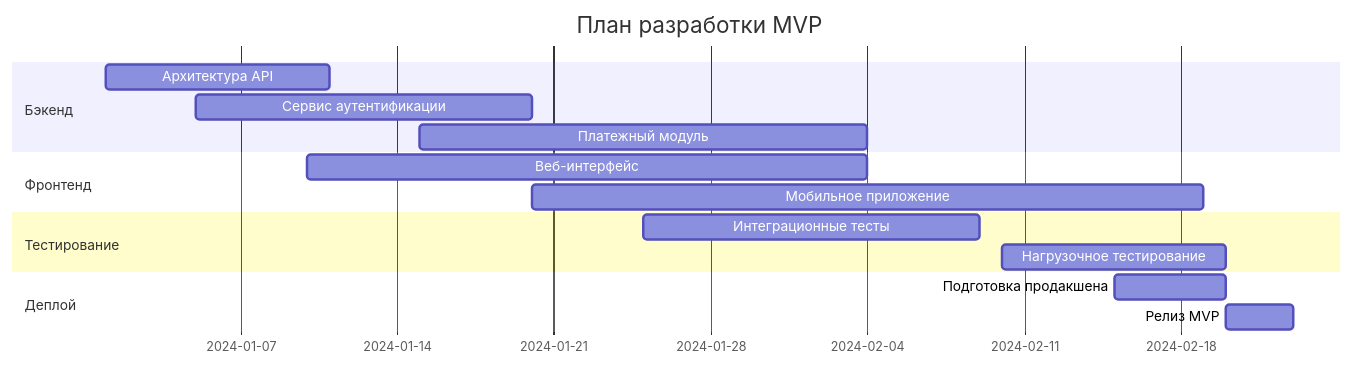
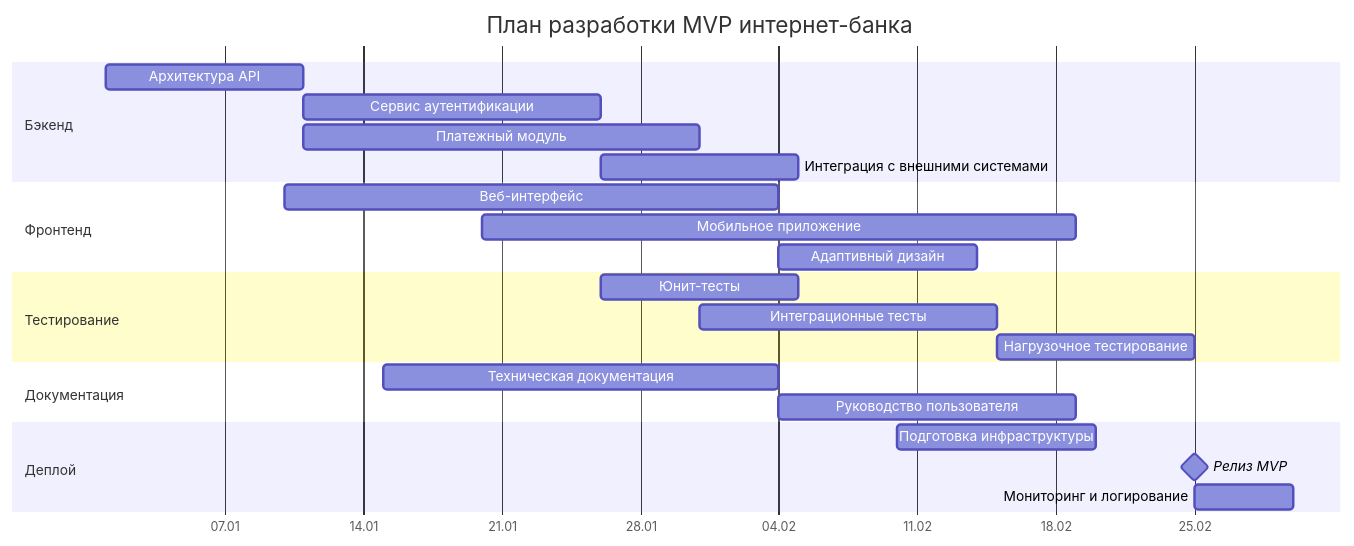
The sixth of 7 diagrams in mermaid.md (mxsmirnov/aix-labs), drawn with Mermaid before and after one commit. The commit also changed other lines of this file, not shown here.

````diff
--- a/mermaid.md
+++ b/mermaid.md
@@ -107,21 +204,31 @@
 ```mermaid
 gantt
-    title План разработки MVP
-    dateFormat  YYYY-MM-DD
+    title План разработки MVP интернет-банка
+    dateFormat YYYY-MM-DD
+    axisFormat %d.%m
+    
     section Бэкенд
-    Архитектура API      :2024-01-01, 10d
-    Сервис аутентификации :2024-01-05, 15d
-    Платежный модуль     :2024-01-15, 20d
+    Архитектура API        :a1, 2024-01-01, 10d
+    Сервис аутентификации  :a2, after a1, 15d
+    Платежный модуль       :a3, after a1, 20d
+    Интеграция с внешними системами :a4, after a2, 10d
     
     section Фронтенд
-    Веб-интерфейс       :2024-01-10, 25d
-    Мобильное приложение :2024-01-20, 30d
+    Веб-интерфейс         :b1, 2024-01-10, 25d
+    Мобильное приложение  :b2, 2024-01-20, 30d
+    Адаптивный дизайн     :b3, after b1, 10d
     
     section Тестирование
-    Интеграционные тесты :2024-01-25, 15d
-    Нагрузочное тестирование :2024-02-10, 10d
+    Юнит-тесты            :c1, after a2, 10d
+    Интеграционные тесты  :c2, after a3, 15d
+    Нагрузочное тестирование :c3, 2024-02-15, 10d
+    
+    section Документация
+    Техническая документация :d1, 2024-01-15, 20d
+    Руководство пользователя :d2, after b1, 15d
     
     section Деплой
-    Подготовка продакшена :2024-02-15, 5d
-    Релиз MVP            :2024-02-20, 3d
+    Подготовка инфраструктуры :e1, 2024-02-10, 10d
+    Релиз MVP               :milestone, e2, 2024-02-25, 0d
+    Мониторинг и логирование :e3, after e2, 5d
 ```
````
